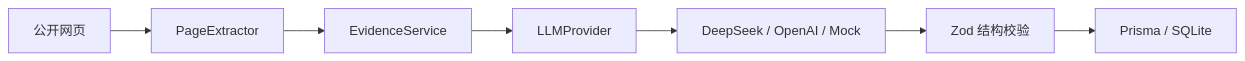
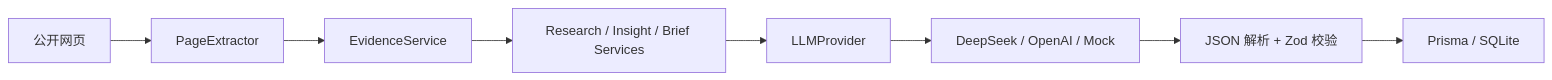
Before and after one commit to zhaoxiaoxi666888-tech/brandscope: the second of 2 diagrams in README.md, drawn with Mermaid. The commit also changed other lines of this file and 13 other files, not shown here.

````diff
--- a/README.md
+++ b/README.md
@@ -47,9 +59,10 @@
 ```mermaid
 flowchart LR
   W["公开网页"] --> X["PageExtractor"]
   X --> E["EvidenceService"]
-  E --> L["LLMProvider"]
+  E --> S["Research / Insight / Brief Services"]
+  S --> L["LLMProvider"]
   L --> D["DeepSeek / OpenAI / Mock"]
-  D --> Z["Zod 结构校验"]
+  D --> Z["JSON 解析 + Zod 校验"]
   Z --> P["Prisma / SQLite"]
 ```
````
